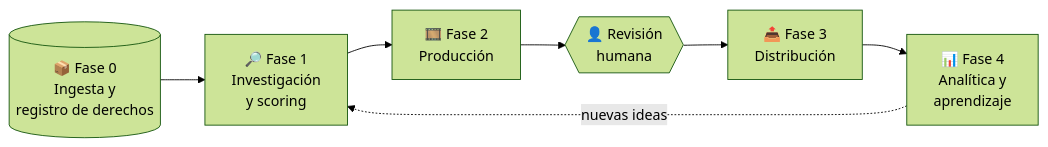
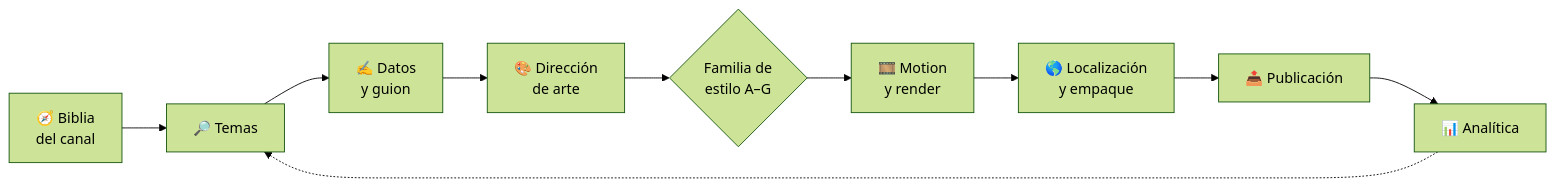
Before and after one commit to nicogouet5/Niche-Studio: the second of 2 diagrams in README.md, drawn with Mermaid (forest theme). The commit also changed other lines of this file and 6 other files, not shown here.

````diff
--- a/README.md
+++ b/README.md
@@ -34,9 +51,7 @@
 ```mermaid
 flowchart LR
-    F0[("📦 Fase 0<br/>Ingesta y<br/>registro de derechos")] --> F1["🔎 Fase 1<br/>Investigación<br/>y scoring"]
-    F1 --> F2["🎞️ Fase 2<br/>Producción"]
-    F2 --> R1{{"👤 Revisión<br/>humana"}}
-    R1 --> F3["📤 Fase 3<br/>Distribución"]
-    F3 --> F4["📊 Fase 4<br/>Analítica y<br/>aprendizaje"]
-    F4 -. nuevas ideas .-> F1
+    B["🧭 Biblia<br/>del canal"] --> T["🔎 Temas"] --> GU["✍️ Datos<br/>y guion"] --> AR["🎨 Dirección<br/>de arte"]
+    AR --> R{"Familia de<br/>estilo A–G"}
+    R --> MO["🎞️ Motion<br/>y render"] --> LO["🌎 Localización<br/>y empaque"] --> PU["📤 Publicación"] --> AN["📊 Analítica"]
+    AN -.-> T
 ```
````
